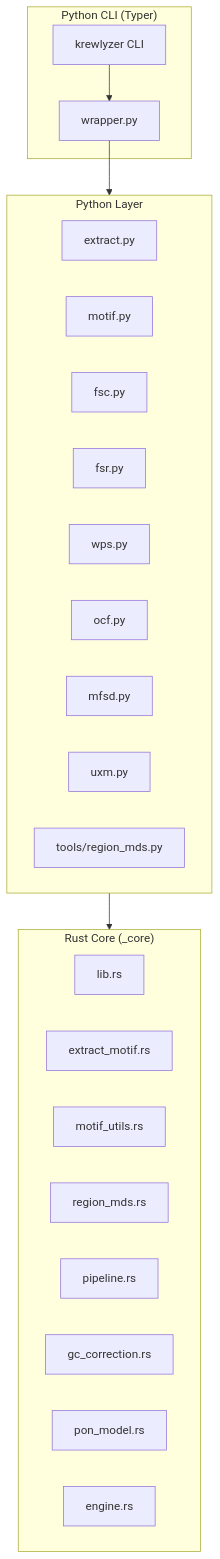
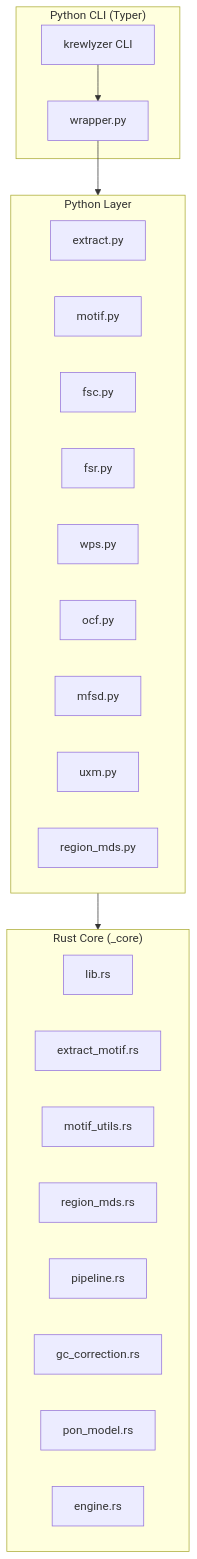
One commit to msk-access/krewlyzer changed the first of 2 diagrams in docs/advanced/architecture.md. Above: the diagram before and after it, drawn with Mermaid. The commit also changed other lines of this file and 50 other files, not shown here.

````diff
--- a/docs/advanced/architecture.md
+++ b/docs/advanced/architecture.md
@@ -7,34 +7,34 @@
 ```mermaid
 flowchart TB
     subgraph CLI["Python CLI (Typer)"]
         cli[krewlyzer CLI]
         wrapper[wrapper.py]
     end
     
     subgraph Python["Python Layer"]
         extract[extract.py]
         motif[motif.py]
         fsc[fsc.py]
         fsr[fsr.py]
         wps[wps.py]
         ocf[ocf.py]
         mfsd[mfsd.py]
         uxm[uxm.py]
-        region_mds[tools/region_mds.py]
+        region_mds[region_mds.py]
     end
     
     subgraph Rust["Rust Core (_core)"]
         lib[lib.rs]
         extract_motif[extract_motif.rs]
         motif_utils[motif_utils.rs]
         region_mds_rs[region_mds.rs]
         pipeline[pipeline.rs]
         gc[gc_correction.rs]
         pon[pon_model.rs]
         engine[engine.rs]
     end
     
     cli --> wrapper
     wrapper --> Python
     Python --> Rust
 ```
````
